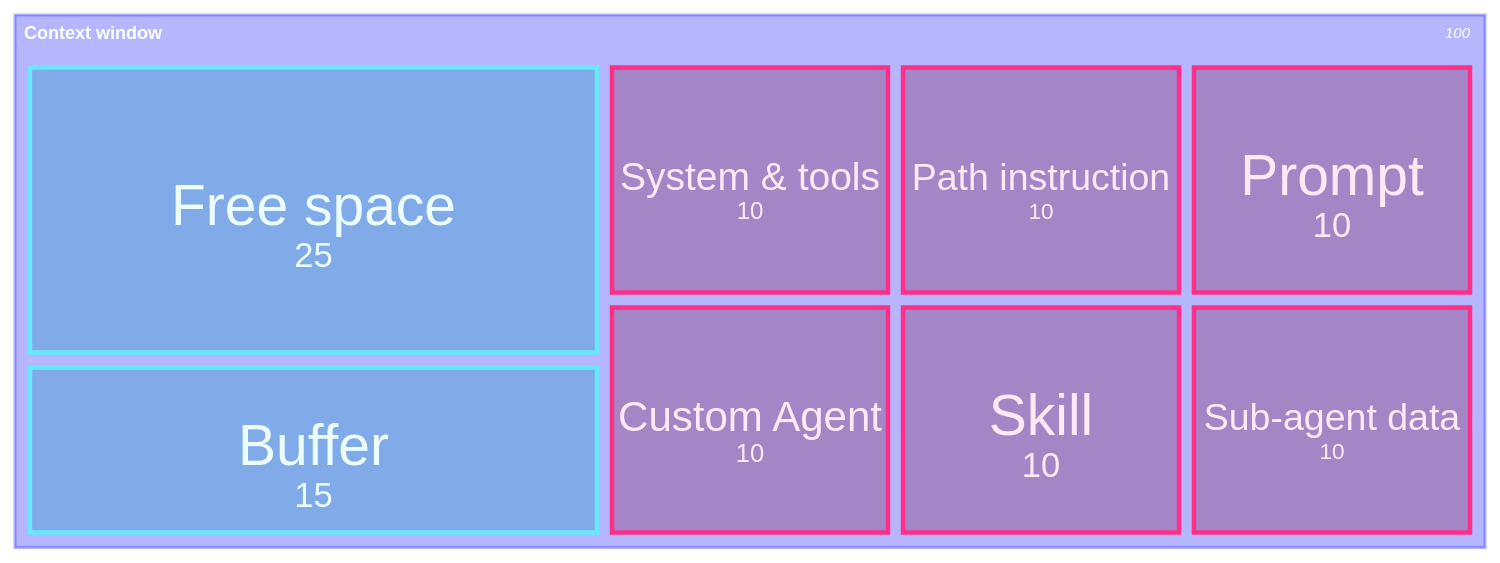
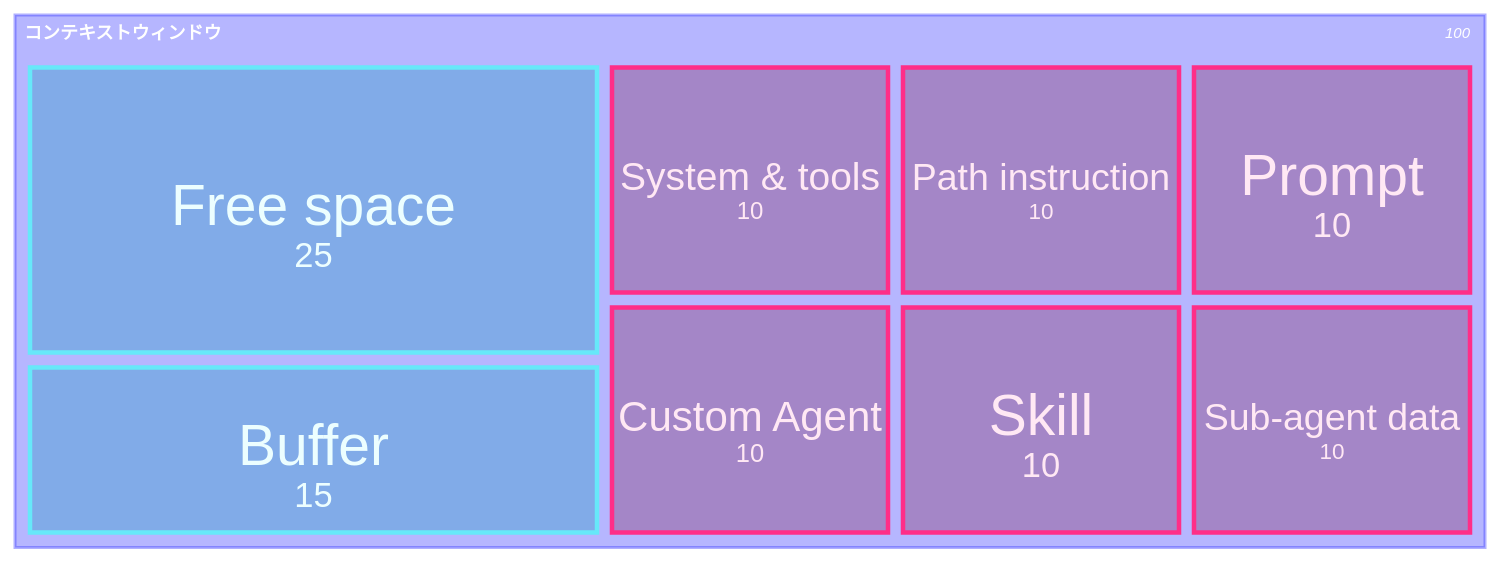
The fifth of 6 diagrams in src/content/playbook/context-engineering.md (theomonfort/Github-copilot-workshop), drawn with Mermaid before and after one commit. The commit also changed other lines of this file and 16 other files, not shown here.

````diff
--- a/src/content/playbook/context-engineering.md
+++ b/src/content/playbook/context-engineering.md
@@ -103,14 +103,14 @@
 ```mermaid
 treemap-beta
-"Context window"
+"コンテキストウィンドウ"
   "System & tools": 10:::used
   "Custom Agent": 10:::used
   "Path instruction": 10:::used
   "Skill": 10:::used
   "Prompt": 10:::used
   "Sub-agent data": 10:::used
   "Free space": 25:::free
   "Buffer": 15:::free
 classDef used fill:#7a1748,stroke:#ff2e88,color:#ffe8f4
 classDef free fill:#0891b2,stroke:#67e8f9,color:#ecfeff
 ```
````
